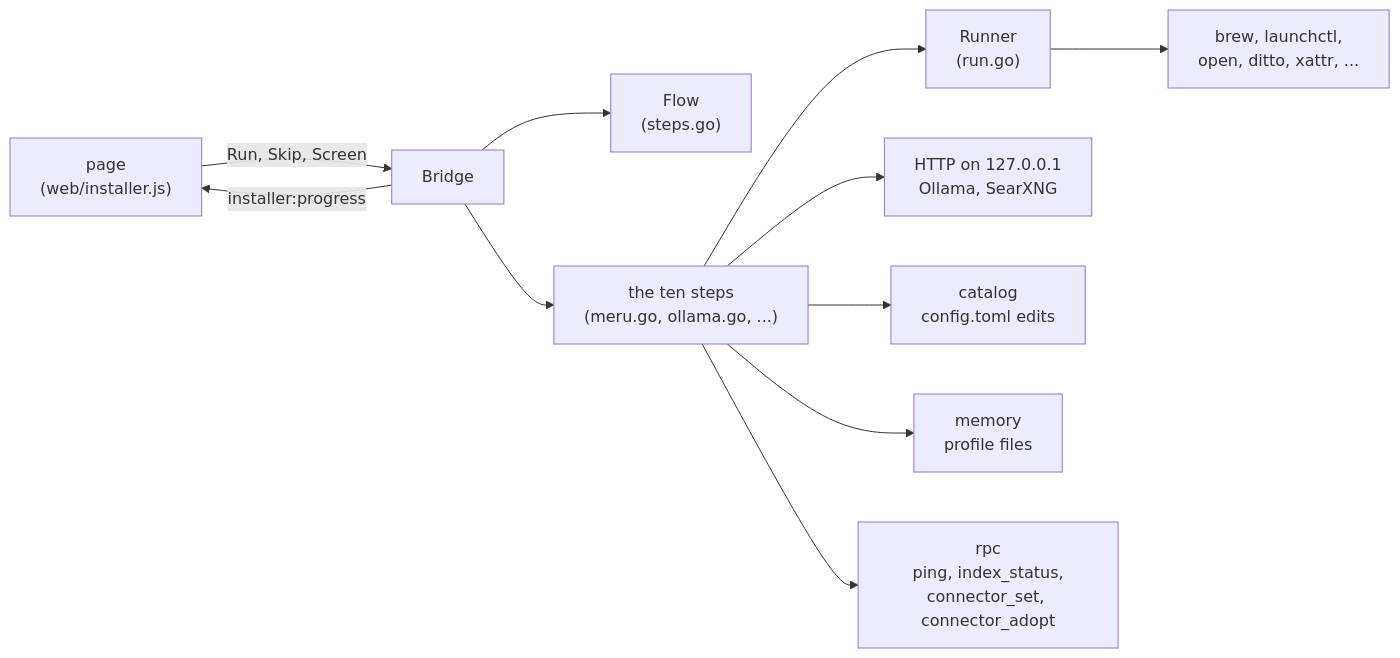
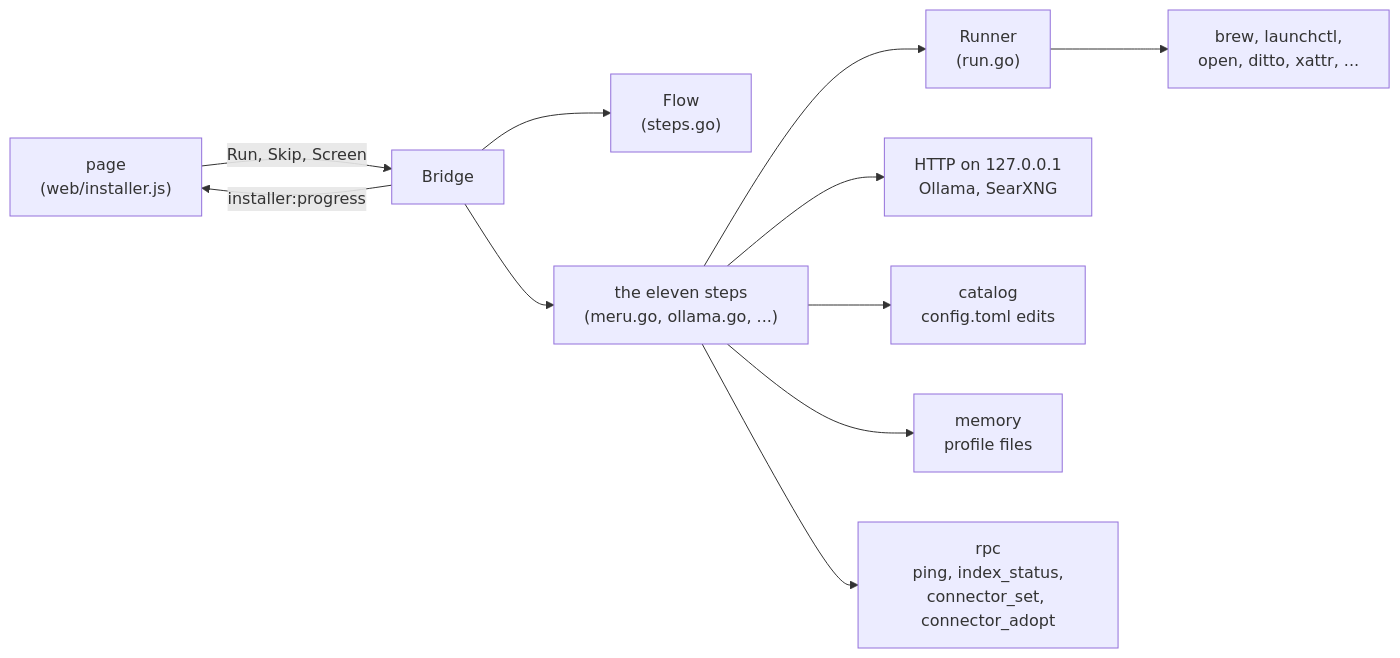
Before and after one commit to aarora79/meru: the diagram in docs/coding-notes/installer.md, drawn with Mermaid. The commit also changed other lines of this file and 22 other files, not shown here.

````diff
--- a/docs/coding-notes/installer.md
+++ b/docs/coding-notes/installer.md
@@ -31,13 +31,13 @@
 ```mermaid
 flowchart LR
     page["page<br/>(web/installer.js)"] -- "Run, Skip, Screen" --> bridge[Bridge]
     bridge --> flow["Flow<br/>(steps.go)"]
-    bridge --> steps["the ten steps<br/>(meru.go, ollama.go, ...)"]
+    bridge --> steps["the eleven steps<br/>(meru.go, ollama.go, ...)"]
     steps --> run["Runner<br/>(run.go)"]
     run --> progs["brew, launchctl,<br/>open, ditto, xattr, ..."]
     steps --> http["HTTP on 127.0.0.1<br/>Ollama, SearXNG"]
     steps --> catalog["catalog<br/>config.toml edits"]
     steps --> memory["memory<br/>profile files"]
     steps --> rpc["rpc<br/>ping, index_status,<br/>connector_set, connector_adopt"]
     bridge -- "installer:progress" --> page
 ```
````
